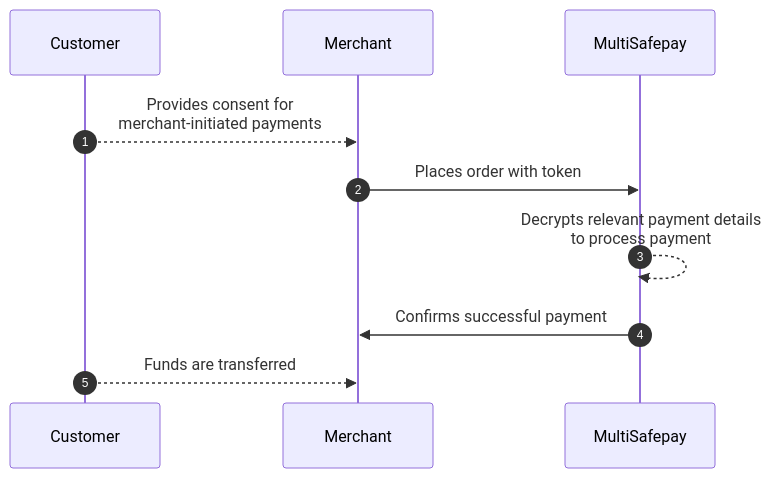
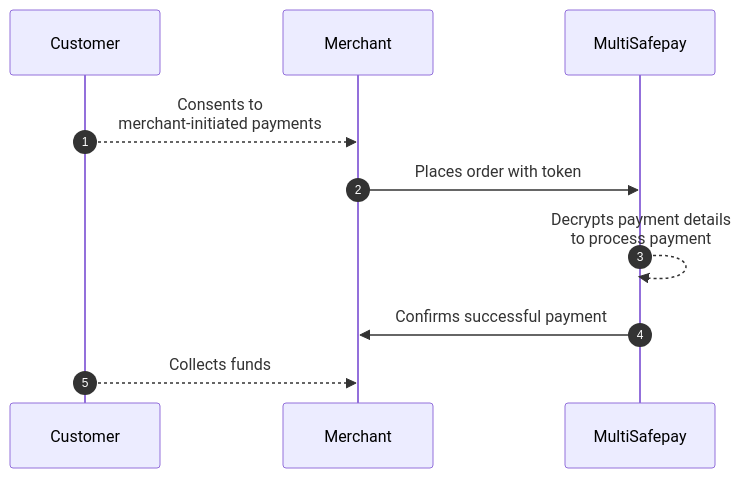
One commit to MultiSafepay/docs changed the third of 3 diagrams in content/payments/features/recurring-payments/_index.md. Above: the diagram before and after it, drawn with Mermaid. The commit also changed other lines of this file, not shown here.

First line of the commit message:
DOCS-3059: Reorganization of Recurring Payments (#1994)

```diff
--- a/content/payments/features/recurring-payments/_index.md
+++ b/content/payments/features/recurring-payments/_index.md
@@ -88,15 +125,15 @@
 {{< mermaid class="text-center" >}}
 
 sequenceDiagram
     autonumber
     participant C as Customer
     participant Me as Merchant
     participant Mu as MultiSafepay
 
-    C-->>Me: Provides consent for <br> merchant-initiated payments
+    C-->>Me: Consents to <br> merchant-initiated payments
     Me->>Mu: Places order with token
-    Mu-->>Mu: Decrypts relevant payment details <br> to process payment
+    Mu-->>Mu: Decrypts payment details <br> to process payment
     Mu->>Me: Confirms successful payment
-    C-->>Me: Funds are transferred
+    C-->>Me: Collects funds
 
 {{< /mermaid >}}
```
